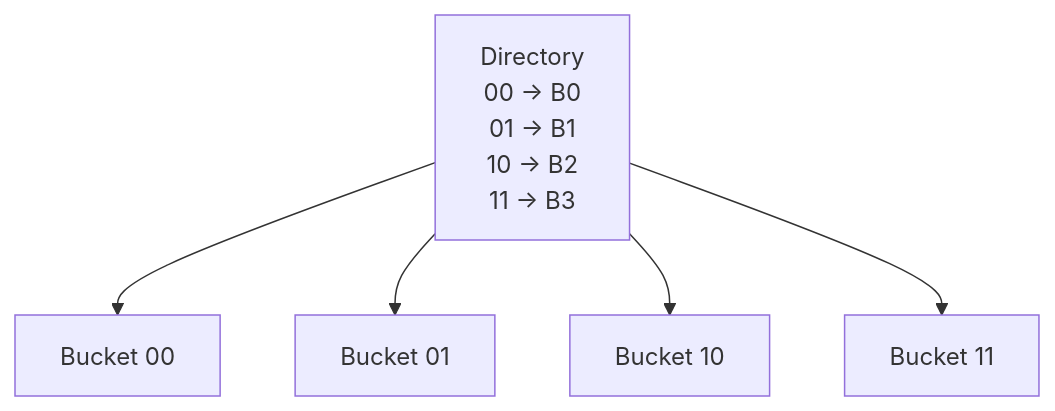
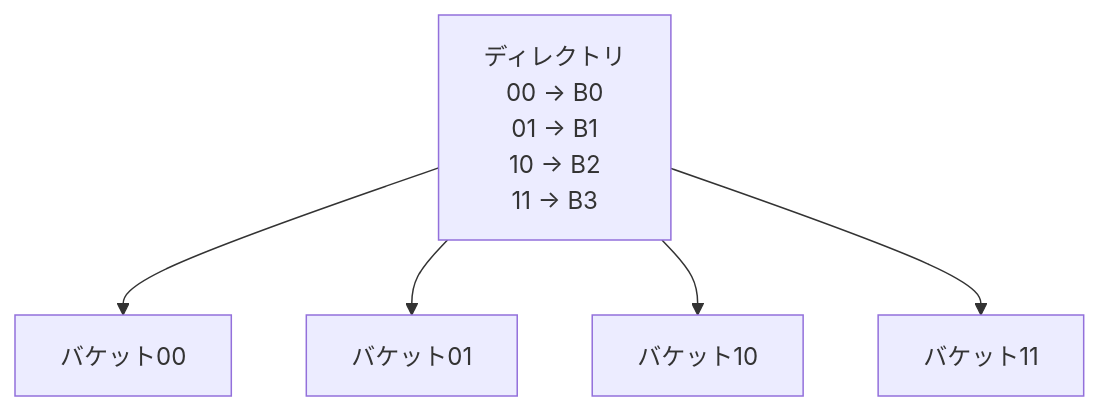
Before and after one commit to hirunebot/database-systems-book: the second of 6 diagrams in src/content/docs/02-storage/05-hash-and-lsm.md, drawn with Mermaid. The commit also changed other lines of this file and 42 other files, not shown here.

````diff
--- a/src/content/docs/02-storage/05-hash-and-lsm.md
+++ b/src/content/docs/02-storage/05-hash-and-lsm.md
@@ -72,8 +72,8 @@
 ```mermaid
 flowchart TB
-    Dir["Directory<br/>00 → B0<br/>01 → B1<br/>10 → B2<br/>11 → B3"]
-    Dir --> B0["Bucket 00"]
-    Dir --> B1["Bucket 01"]
-    Dir --> B2["Bucket 10"]
-    Dir --> B3["Bucket 11"]
+    Dir["ディレクトリ<br/>00 → B0<br/>01 → B1<br/>10 → B2<br/>11 → B3"]
+    Dir --> B0["バケット00"]
+    Dir --> B1["バケット01"]
+    Dir --> B2["バケット10"]
+    Dir --> B3["バケット11"]
 ```
````
